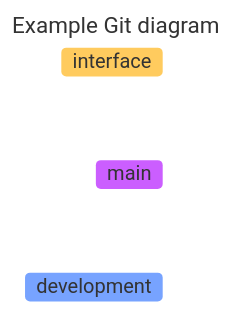
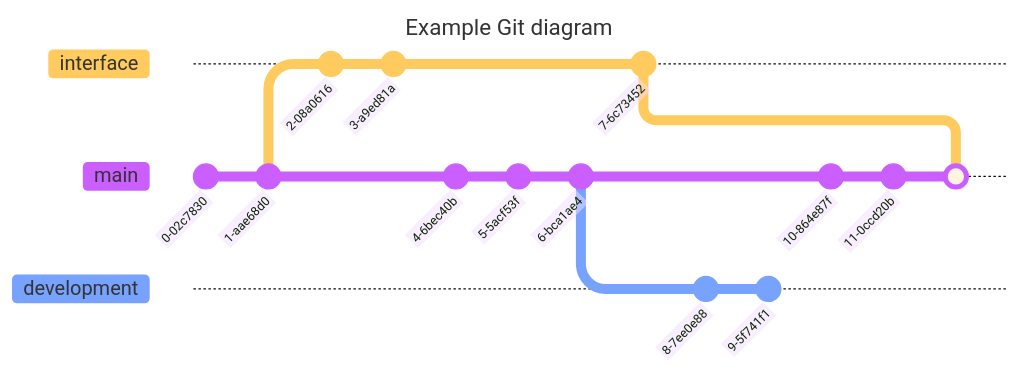
One commit to CBSDLab/sandbox-mermaid changed the diagram in README.md. Above: the diagram before and after it, drawn with Mermaid. Commit ids are hidden.

````diff
--- a/README.md
+++ b/README.md
@@ -4,9 +4,27 @@
 ```mermaid
 ---
 title: Example Git diagram
 ---
 %%{init: { 'logLevel': 'debug', 'theme': 'base', 'gitGraph': {'showBranches': true, 'showCommitLabel':true,'mainBranchOrder': 2}} }%%
-gitGraph 
+gitGraph
+  commit
+  commit
+  branch interface order: 1
+  commit
+  commit
+  checkout main
+  commit
+  commit
+  commit
+  checkout interface
+  commit
+  checkout main
   branch development order: 3
-  branch interface order: 1
+  commit
+  commit
+  checkout main
+  commit
+  commit
+  merge interface
+  
 ```
````
